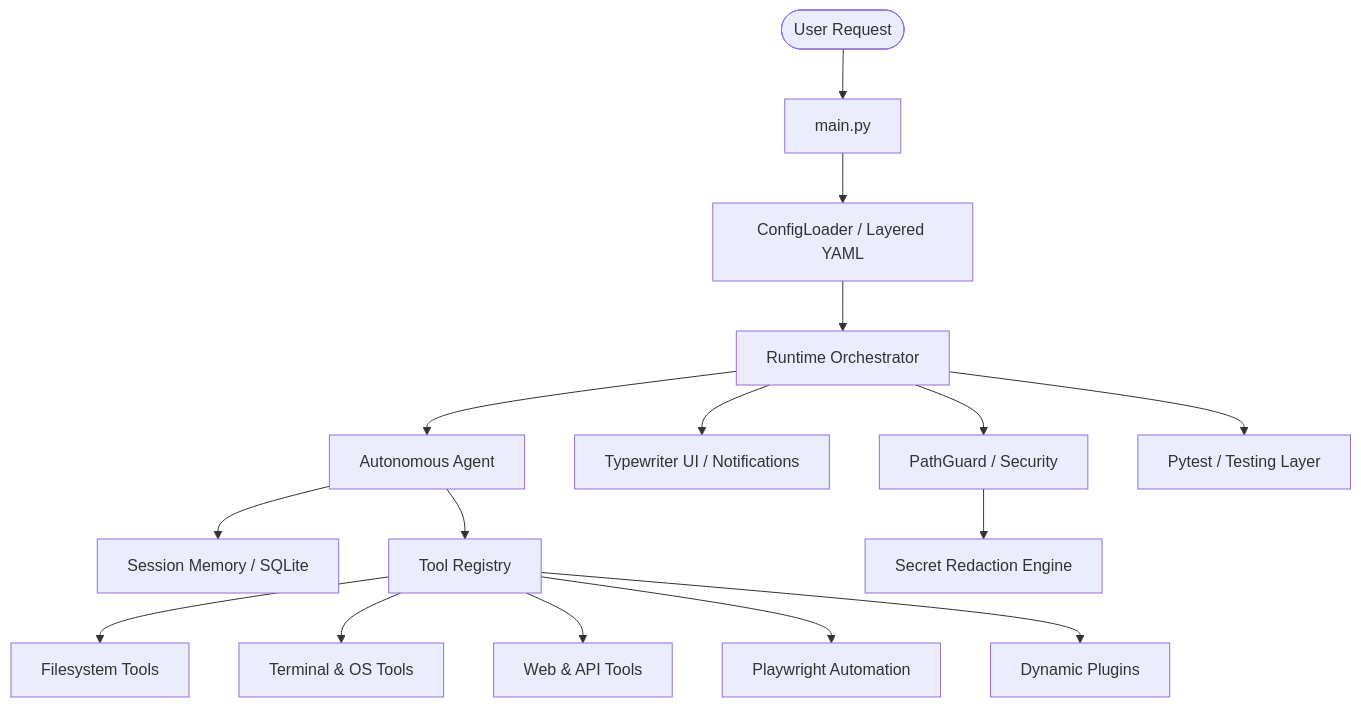
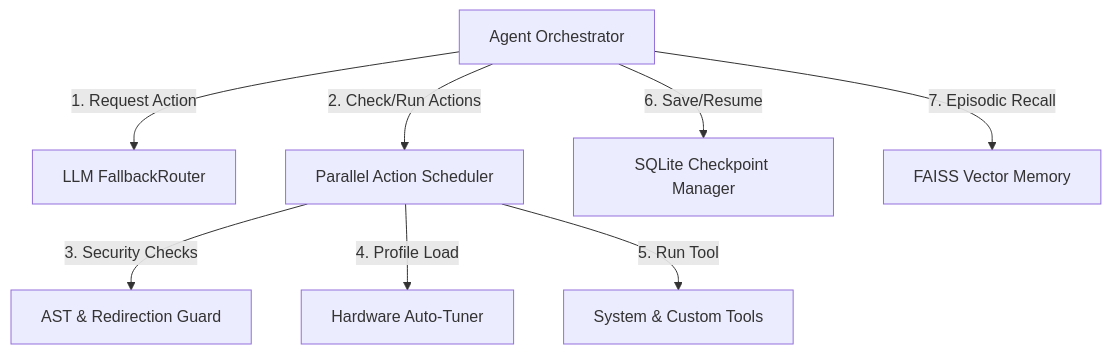
The diagram in docs/architecture.md (shrs425p/AgenticOS), drawn with Mermaid before and after one commit. The commit also changed other lines of this file and 6 other files, not shown here.

````diff
--- a/docs/architecture.md
+++ b/docs/architecture.md
@@ -16,19 +11,10 @@
 ```mermaid
 graph TD
-    User([User Request]) --> Main[main.py]
-    Main --> Config[ConfigLoader / Layered YAML]
-    Config --> Orchestrator[Runtime Orchestrator]
-    Orchestrator --> Agent[Autonomous Agent]
-    Agent --> Memory[Session Memory / SQLite]
-    Agent --> Registry[Tool Registry]
-    Registry --> Files[Filesystem Tools]
-    Registry --> Terminal[Terminal & OS Tools]
-    Registry --> Web[Web & API Tools]
-    Registry --> Browser[Playwright Automation]
-    Registry --> Plugins[Dynamic Plugins]
-    
-    Orchestrator --> UI[Typewriter UI / Notifications]
-    Orchestrator --> Guard[PathGuard / Security]
-    Guard --> Redact[Secret Redaction Engine]
-    Orchestrator --> Test[Pytest / Testing Layer]
+    Agent[Agent Orchestrator] -->|1. Request Action| FallbackRouter[LLM FallbackRouter]
+    Agent -->|2. Check/Run Actions| ParallelScheduler[Parallel Action Scheduler]
+    ParallelScheduler -->|3. Security Checks| SafetyMixin[AST & Redirection Guard]
+    ParallelScheduler -->|4. Profile Load| ResourceProfiler[Hardware Auto-Tuner]
+    ParallelScheduler -->|5. Run Tool| SystemTools[System & Custom Tools]
+    Agent -->|6. Save/Resume| CheckpointManager[SQLite Checkpoint Manager]
+    Agent -->|7. Episodic Recall| VectorMemory[FAISS Vector Memory]
 ```
````
